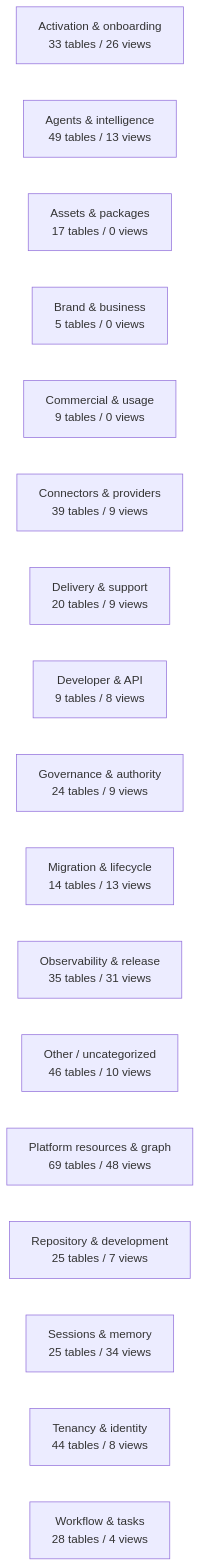
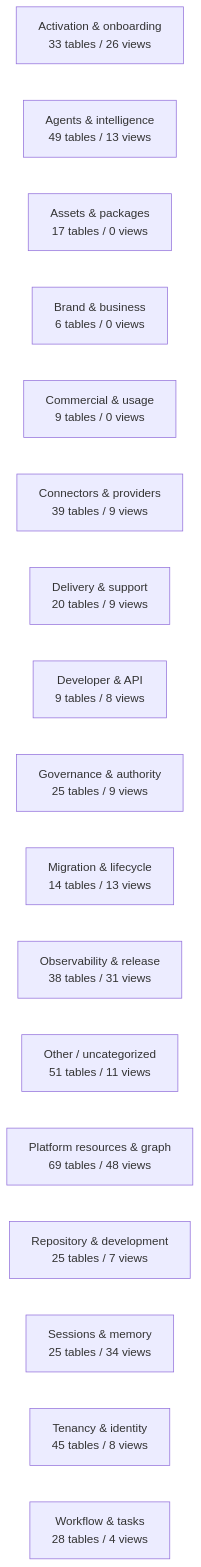
The diagram in docs/work-maps/data-model-domain-map.md (mad4bdigital-ai/multi-business-multi-role-growth-intelligence-os), drawn with Mermaid before and after one commit. The commit also changed other lines of this file and 8 other files, not shown here.

````diff
--- a/docs/work-maps/data-model-domain-map.md
+++ b/docs/work-maps/data-model-domain-map.md
@@ -9,20 +9,20 @@
 ```mermaid
 flowchart LR
   n_Activation___onboarding["Activation & onboarding<br/>33 tables / 26 views"]
   n_Agents___intelligence["Agents & intelligence<br/>49 tables / 13 views"]
   n_Assets___packages["Assets & packages<br/>17 tables / 0 views"]
-  n_Brand___business["Brand & business<br/>5 tables / 0 views"]
+  n_Brand___business["Brand & business<br/>6 tables / 0 views"]
   n_Commercial___usage["Commercial & usage<br/>9 tables / 0 views"]
   n_Connectors___providers["Connectors & providers<br/>39 tables / 9 views"]
   n_Delivery___support["Delivery & support<br/>20 tables / 9 views"]
   n_Developer___API["Developer & API<br/>9 tables / 8 views"]
-  n_Governance___authority["Governance & authority<br/>24 tables / 9 views"]
+  n_Governance___authority["Governance & authority<br/>25 tables / 9 views"]
   n_Migration___lifecycle["Migration & lifecycle<br/>14 tables / 13 views"]
-  n_Observability___release["Observability & release<br/>35 tables / 31 views"]
-  n_Other___uncategorized["Other / uncategorized<br/>46 tables / 10 views"]
+  n_Observability___release["Observability & release<br/>38 tables / 31 views"]
+  n_Other___uncategorized["Other / uncategorized<br/>51 tables / 11 views"]
   n_Platform_resources___graph["Platform resources & graph<br/>69 tables / 48 views"]
   n_Repository___development["Repository & development<br/>25 tables / 7 views"]
   n_Sessions___memory["Sessions & memory<br/>25 tables / 34 views"]
-  n_Tenancy___identity["Tenancy & identity<br/>44 tables / 8 views"]
+  n_Tenancy___identity["Tenancy & identity<br/>45 tables / 8 views"]
   n_Workflow___tasks["Workflow & tasks<br/>28 tables / 4 views"]
 ```
````
